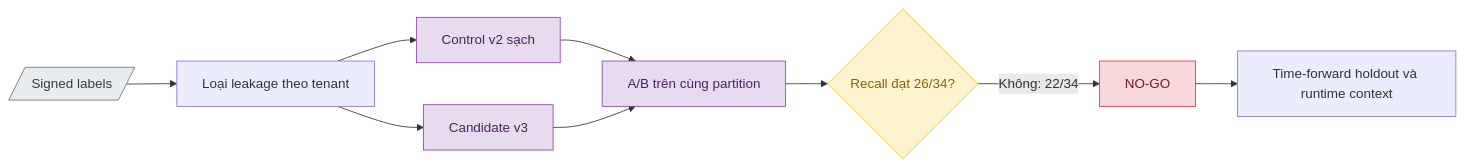
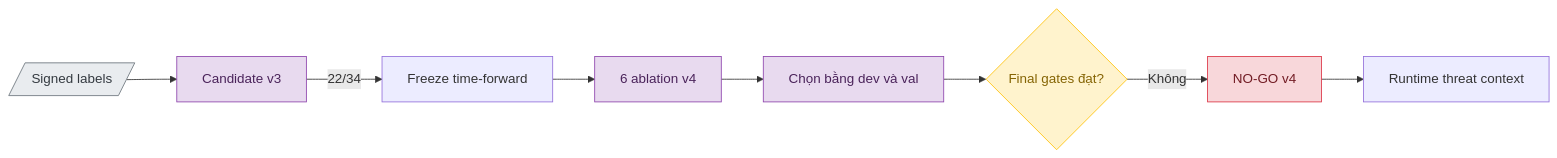
Before and after one commit to vmcchooky/safe-zone: the diagram in docs/research/ml/representative-false-negative-analysis.md, drawn with Mermaid. The commit also changed other lines of this file and 20 other files, not shown here.

Commit message:
ml(v4): evaluate time-forward TLD-state candidate

````diff
--- a/docs/research/ml/representative-false-negative-analysis.md
+++ b/docs/research/ml/representative-false-negative-analysis.md
@@ -12,20 +12,19 @@
 ```mermaid
 flowchart LR
-    A[/Signed labels/] --> B[Loại leakage theo tenant]
-    B --> C[Control v2 sạch]
-    B --> D[Candidate v3]
-    C --> E[A/B trên cùng partition]
-    D --> E
-    E --> F{Recall đạt 26/34?}
-    F -->|Không: 22/34| G[NO-GO]
-    G --> H[Time-forward holdout và runtime context]
+    A[/Signed labels/] --> B[Candidate v3]
+    B -->|22/34| C[Freeze time-forward]
+    C --> D[6 ablation v4]
+    D --> E[Chọn bằng dev và val]
+    E --> F{Final gates đạt?}
+    F -->|Không| G[NO-GO v4]
+    G --> H[Runtime threat context]
 
     classDef input fill:#E9ECEF,stroke:#6C757D,color:#343A40
     classDef ai fill:#E8DAEF,stroke:#8E44AD,color:#4A235A
     classDef decision fill:#FFF3CD,stroke:#FFC107,color:#856404
     classDef blocked fill:#F8D7DA,stroke:#DC3545,color:#721C24
     class A input
-    class C,D,E ai
+    class B,D,E ai
     class F decision
     class G blocked
 ```
````
